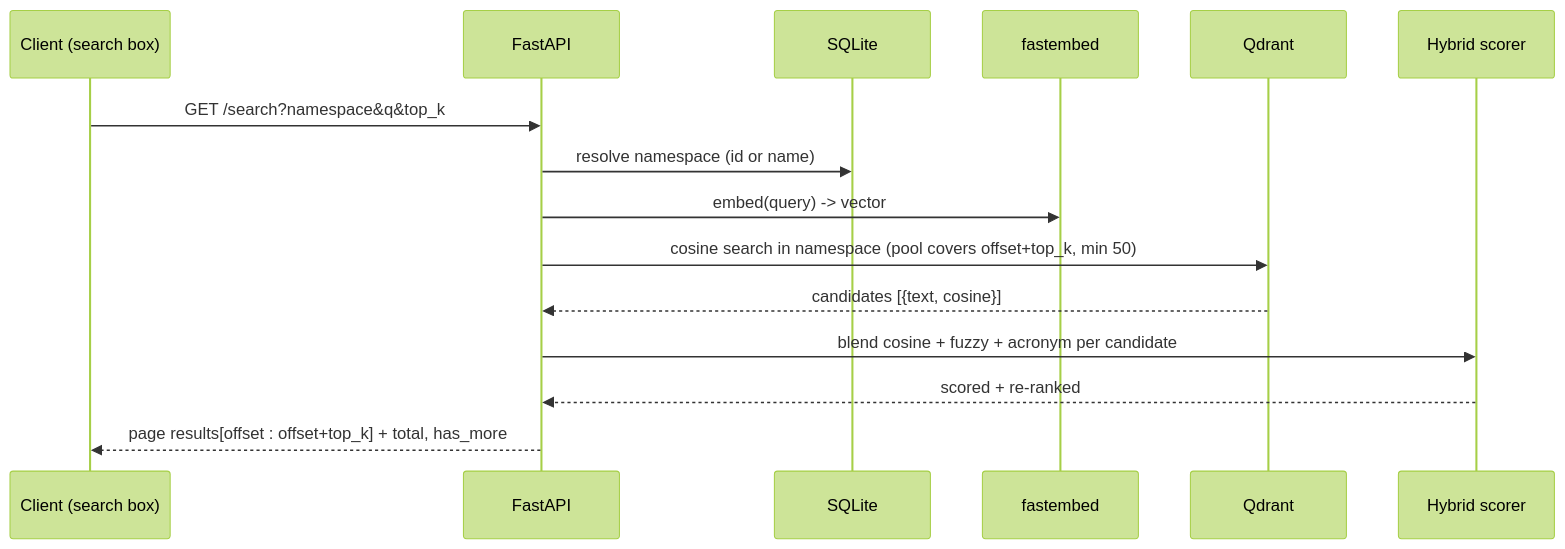
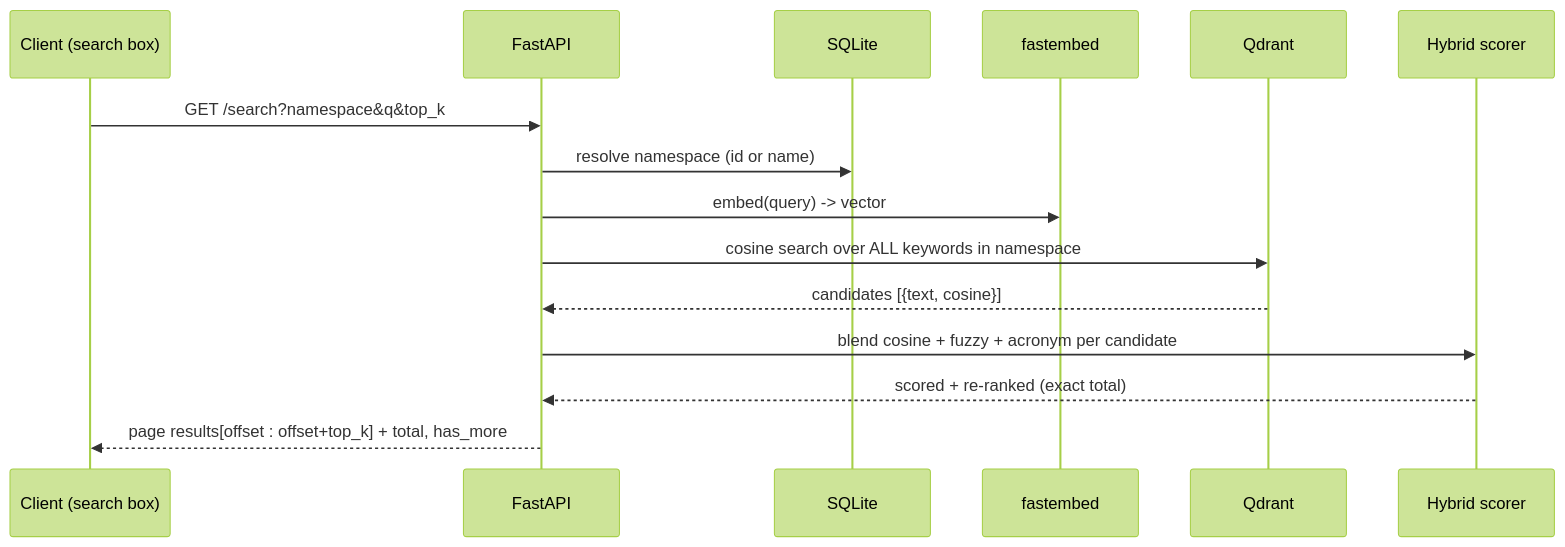
Before and after one commit to sree-neork/similarity-search-engine: the third of 4 diagrams in README.md, drawn with Mermaid (forest theme). The commit also changed other lines of this file and 5 other files, not shown here.

First line of the commit message:
Make search total an exact namespace-wide count

````diff
--- a/README.md
+++ b/README.md
@@ -109,18 +109,18 @@
 ```mermaid
 sequenceDiagram
     participant C as Client (search box)
     participant API as FastAPI
     participant DB as SQLite
     participant EM as fastembed
     participant Q as Qdrant
     participant S as Hybrid scorer
 
     C->>API: GET /search?namespace&q&top_k
     API->>DB: resolve namespace (id or name)
     API->>EM: embed(query) -> vector
-    API->>Q: cosine search in namespace (pool covers offset+top_k, min 50)
+    API->>Q: cosine search over ALL keywords in namespace
     Q-->>API: candidates [{text, cosine}]
     API->>S: blend cosine + fuzzy + acronym per candidate
-    S-->>API: scored + re-ranked
+    S-->>API: scored + re-ranked (exact total)
     API-->>C: page results[offset : offset+top_k] + total, has_more
 ```
````
